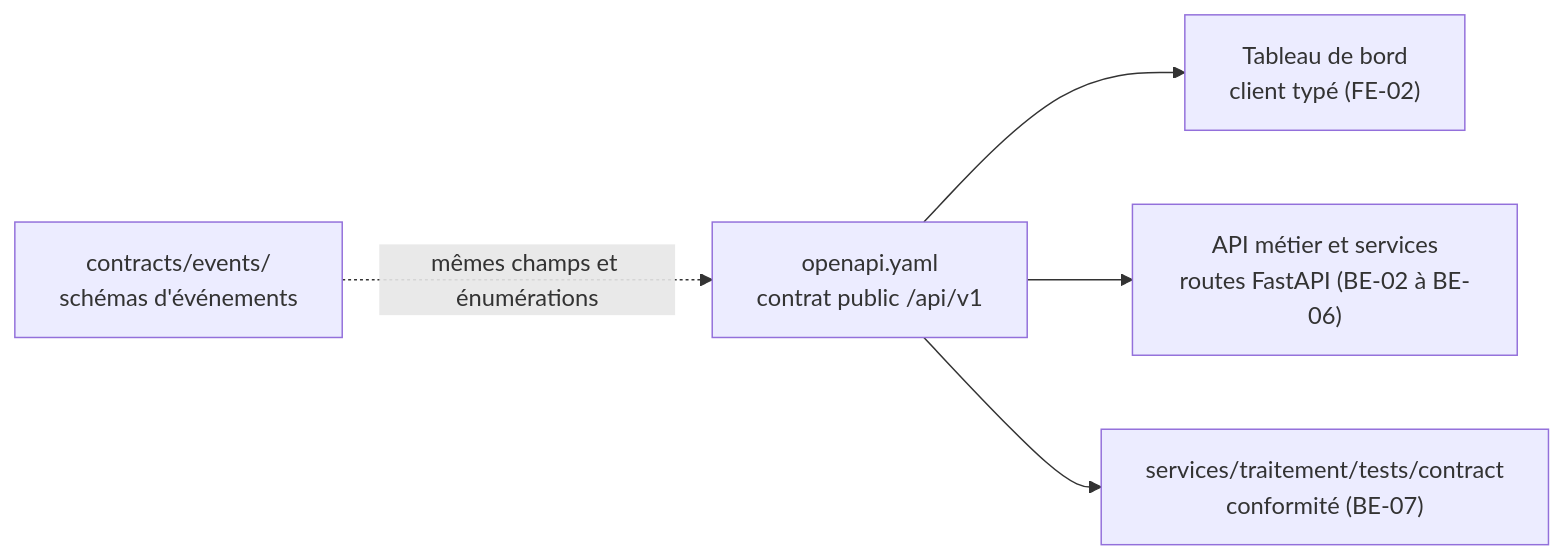
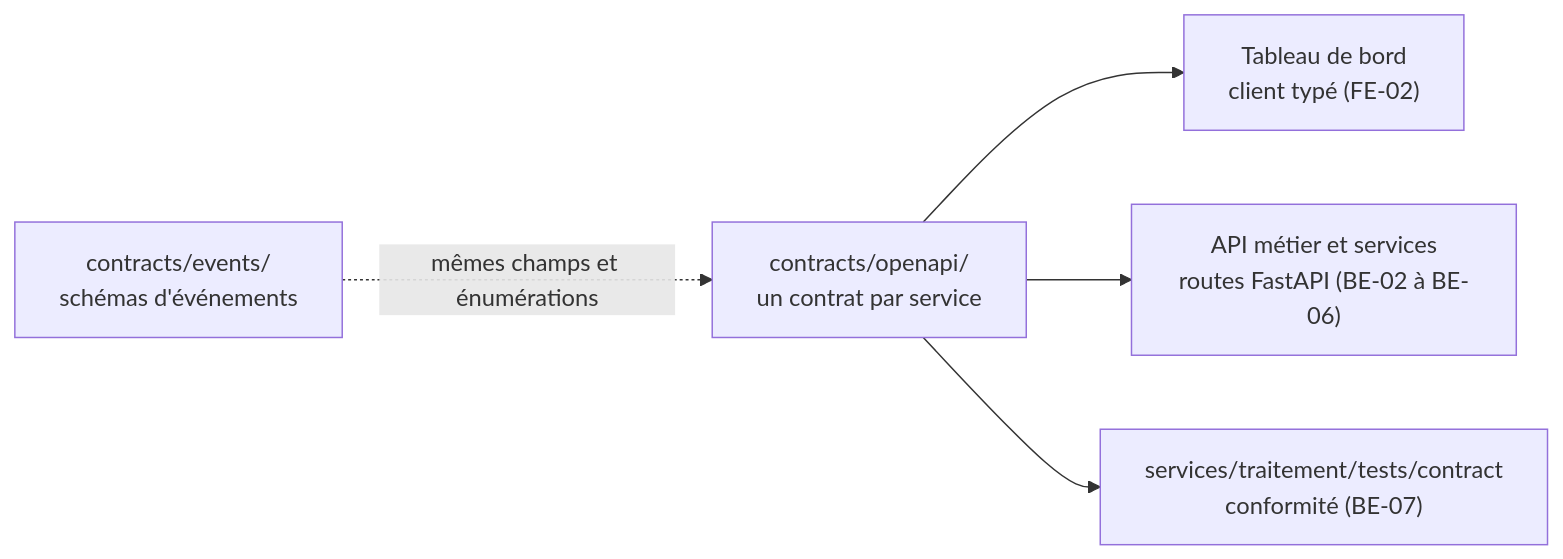
One commit to RobelManoa/novaria-core changed the second of 2 diagrams in docs/02-specifications/README.md. Above: the diagram before and after it, drawn with Mermaid. The commit also changed other lines of this file and 18 other files, not shown here.

First line of the commit message:
feat(contrats): un contrat OpenAPI par service remplace le contrat unique de BE-01 (MS-03)

````diff
--- a/docs/02-specifications/README.md
+++ b/docs/02-specifications/README.md
@@ -26,7 +26,7 @@
 ```mermaid
 flowchart LR
-    OA["openapi.yaml<br/>contrat public /api/v1"] --> FE["Tableau de bord<br/>client typé (FE-02)"]
+    OA["contracts/openapi/<br/>un contrat par service"] --> FE["Tableau de bord<br/>client typé (FE-02)"]
     OA --> API["API métier et services<br/>routes FastAPI (BE-02 à BE-06)"]
     OA --> CT["services/traitement/tests/contract<br/>conformité (BE-07)"]
     EV["contracts/events/<br/>schémas d'événements"] -. mêmes champs et énumérations .-> OA
 ```
````
